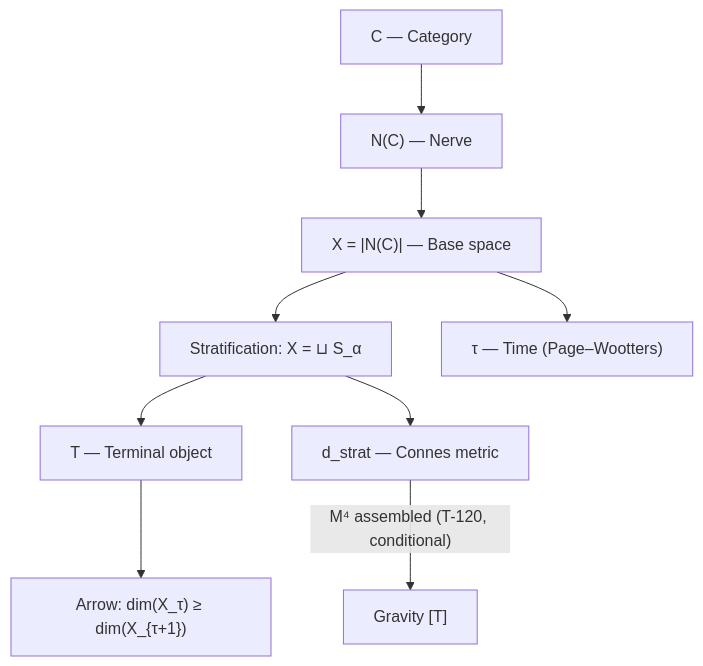
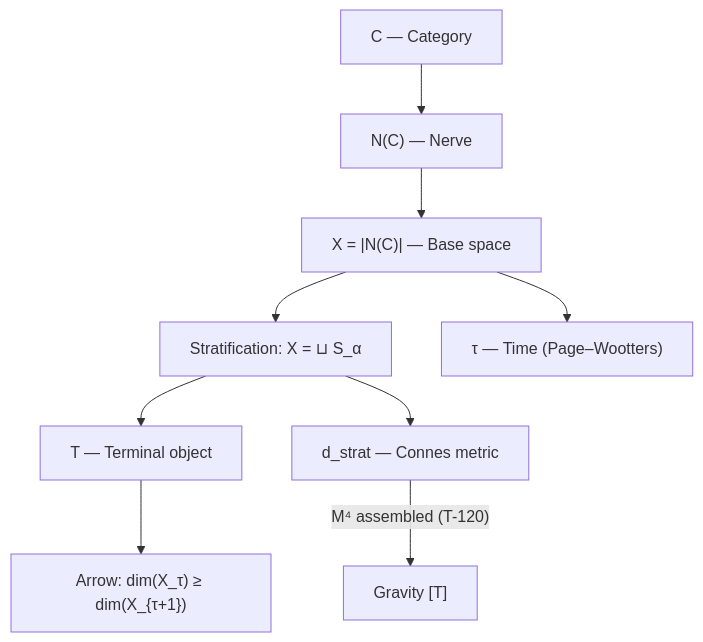
Before and after one commit to gst-st/uhm: the diagram in website/docs/core/foundations/spacetime.md, drawn with Mermaid. The commit also changed other lines of this file and 45 other files, not shown here.

````diff
--- a/website/docs/core/foundations/spacetime.md
+++ b/website/docs/core/foundations/spacetime.md
@@ -426,21 +426,21 @@
 ```mermaid
 graph TD
  C["C — Category"]
  N["N#40;C#41; — Nerve"]
  X["X = |N#40;C#41;| — Base space"]
  STRAT["Stratification: X = ⊔ S_α"]
  T_OBJ["T — Terminal object"]
  DSTRAT["d_strat — Connes metric"]
  TIME["τ — Time #40;Page–Wootters#41;"]
  ARROW["Arrow: dim#40;X_τ#41; ≥ dim#40;X_{τ+1}#41;"]
  GR["Gravity #91;T#93;"]
 
  C --> N
  N --> X
  X --> STRAT
  STRAT --> T_OBJ
  STRAT --> DSTRAT
  X --> TIME
  T_OBJ --> ARROW
- DSTRAT --> |"M⁴ assembled #40;T-120, conditional#41;"| GR
+ DSTRAT --> |"M⁴ assembled #40;T-120#41;"| GR
 ```
````
